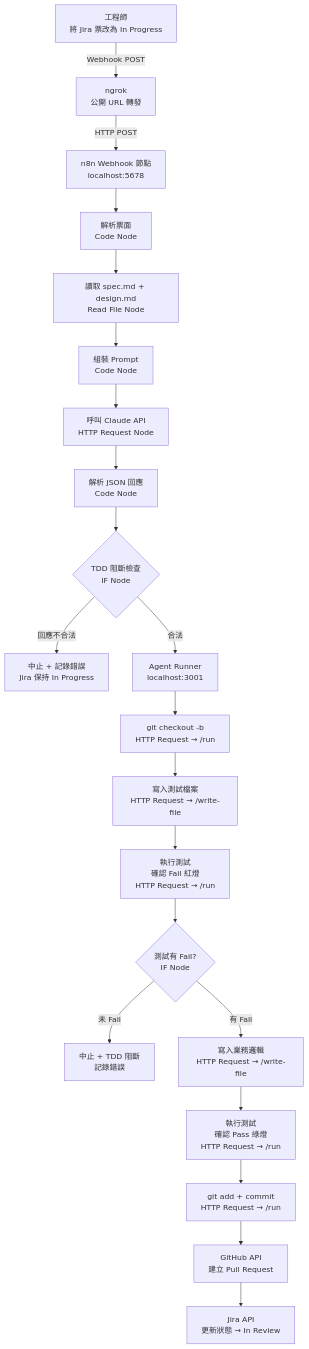
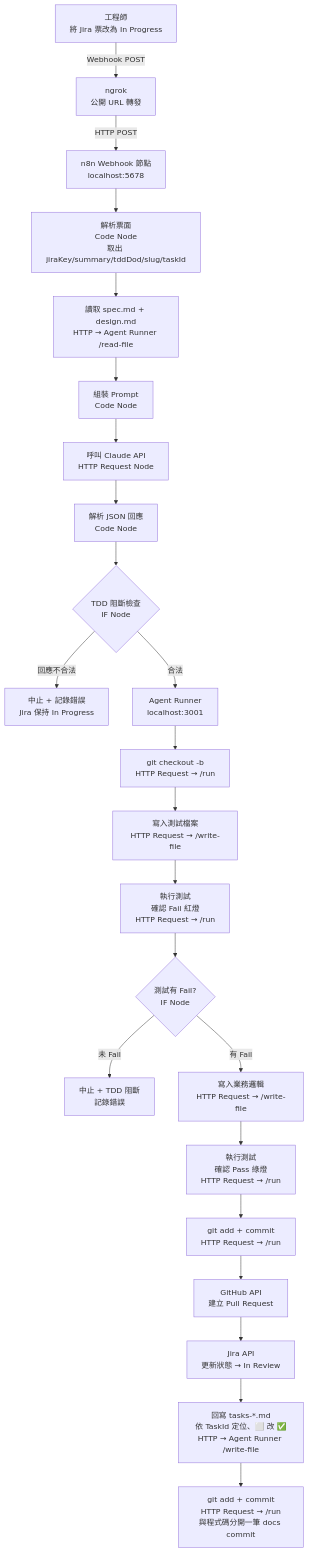
Before and after one commit to xu3clayu83ire/awtw-short-url-service: the diagram in _spec/phase3-ai-agent/design.md, drawn with Mermaid. The commit also changed other lines of this file and 23 other files, not shown here.

````diff
--- a/_spec/phase3-ai-agent/design.md
+++ b/_spec/phase3-ai-agent/design.md
@@ -11,26 +15,28 @@
 ```mermaid
 graph TD
     A[工程師\n將 Jira 票改為 In Progress] -->|Webhook POST| B[ngrok\n公開 URL 轉發]
     B -->|HTTP POST| C[n8n Webhook 節點\nlocalhost:5678]
 
-    C --> D[解析票面\nCode Node]
-    D --> E[讀取 spec.md + design.md\nRead File Node]
+    C --> D[解析票面\nCode Node\n取出 jiraKey/summary/tddDod/slug/taskId]
+    D --> E[讀取 spec.md + design.md\nHTTP → Agent Runner /read-file]
     E --> F[組裝 Prompt\nCode Node]
     F --> G[呼叫 Claude API\nHTTP Request Node]
     G --> H[解析 JSON 回應\nCode Node]
 
     H --> I{TDD 阻斷檢查\nIF Node}
     I -->|回應不合法| Z1[中止 + 記錄錯誤\nJira 保持 In Progress]
 
     I -->|合法| AR[Agent Runner\nlocalhost:3001]
     AR --> J[git checkout -b\nHTTP Request → /run]
     J --> K[寫入測試檔案\nHTTP Request → /write-file]
     K --> L[執行測試\n確認 Fail 紅燈\nHTTP Request → /run]
     L --> M{測試有 Fail?\nIF Node}
     M -->|未 Fail| Z2[中止 + TDD 阻斷\n記錄錯誤]
     M -->|有 Fail| N[寫入業務邏輯\nHTTP Request → /write-file]
     N --> O[執行測試\n確認 Pass 綠燈\nHTTP Request → /run]
     O --> P[git add + commit\nHTTP Request → /run]
     P --> Q[GitHub API\n建立 Pull Request]
     Q --> R[Jira API\n更新狀態 → In Review]
+    R --> S[回寫 tasks-*.md\n依 TaskId 定位、⬜ 改 ✅\nHTTP → Agent Runner /write-file]
+    S --> T[git add + commit\nHTTP Request → /run\n與程式碼分開一筆 docs commit]
 ```
````
